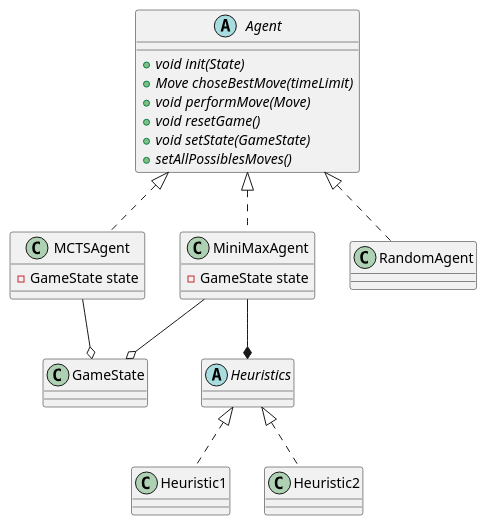
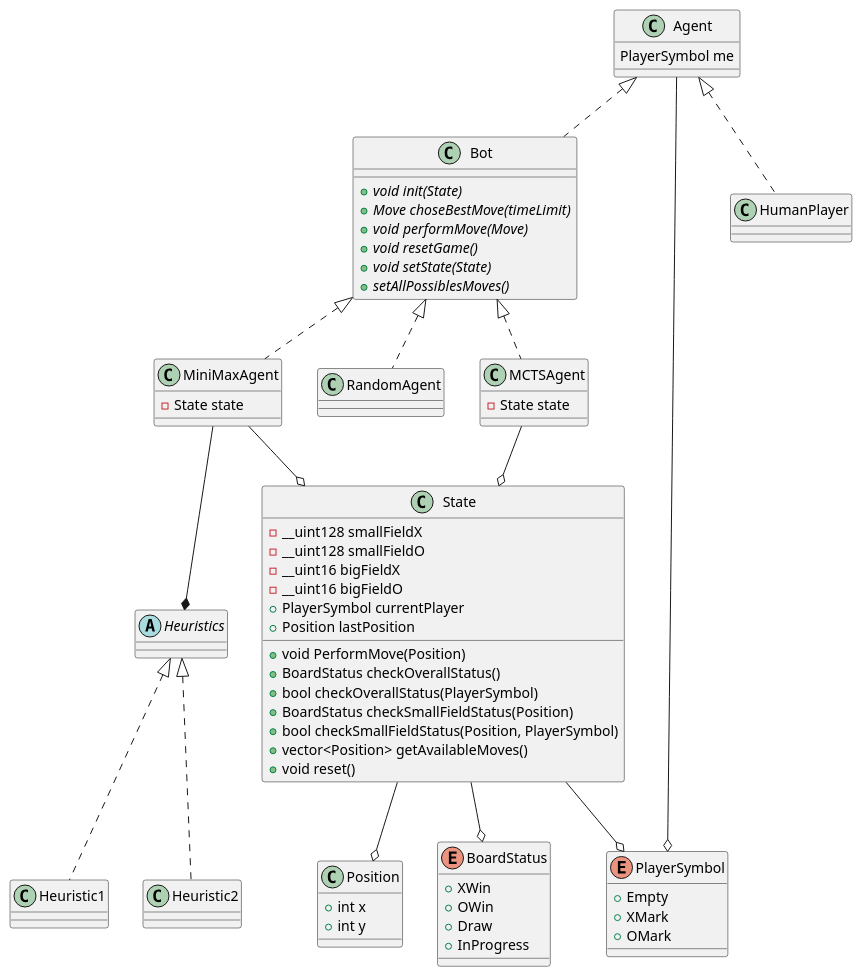
The diagram in classes.puml (GlebNM/TicTacToe), drawn with PlantUML before and after one commit. The commit also changed 1 other file, not shown here.

Commit message:
UML diagram change, delete .github/ directory.

```diff
--- a/classes.puml
+++ b/classes.puml
@@ -1,51 +1,97 @@
 @startuml classes
 
-abstract Agent {
+abstract Bot {
     {abstract} +void init(State)
     {abstract} +Move choseBestMove(timeLimit)
     {abstract} +void performMove(Move)
     {abstract} +void resetGame()
-    {abstract} +void setState(GameState)
+    {abstract} +void setState(State)
     {abstract} +setAllPossiblesMoves()
 }
 
+enum BoardStatus {
+    + XWin
+    + OWin
+    + Draw
+    + InProgress
+}
+
+enum PlayerSymbol {
+    + Empty
+    + XMark
+    + OMark
+}
+
+class Position {
+    + int x
+    + int y
+}
+
+class Agent {
+    PlayerSymbol me
+}
+
+Agent --o PlayerSymbol
+
+class HumanPlayer {
+
+}
+
+class HumanPlayer implements Agent
+class Bot implements Agent
+
 class MCTSAgent {
-    -GameState state
+    -State state
 }
 
 class MiniMaxAgent {
-    -GameState state
+    -State state
 }
 
 abstract Heuristics {
-
+    
 }
 
 class Heuristic1 {
 
 }
 
 class Heuristic2 {
 
 }
 
-class GameState {
-    
+class State {
+    - __uint128 smallFieldX
+    - __uint128 smallFieldO
+    - __uint16 bigFieldX
+    - __uint16 bigFieldO
+    + PlayerSymbol currentPlayer
+    + Position lastPosition
+    + void PerformMove(Position)
+    + BoardStatus checkOverallStatus()
+    + bool checkOverallStatus(PlayerSymbol)
+    + BoardStatus checkSmallFieldStatus(Position)
+    + bool checkSmallFieldStatus(Position, PlayerSymbol)
+    + vector<Position> getAvailableMoves()
+    + void reset()
 }
 
+State --o PlayerSymbol
+State --o Position
+State --o BoardStatus
 class RandomAgent {
     
 }
 
-MiniMaxAgent --o GameState
-MCTSAgent --o GameState
+MiniMaxAgent --o State
+MCTSAgent --o State
 MiniMaxAgent --* Heuristics
 
-class MCTSAgent implements Agent
-class MiniMaxAgent implements Agent
-class RandomAgent implements Agent
+class MCTSAgent implements Bot
+class MiniMaxAgent implements Bot
+class RandomAgent implements Bot
 
 class Heuristic1 implements Heuristics
 class Heuristic2 implements Heuristics
 
 @enduml
```
